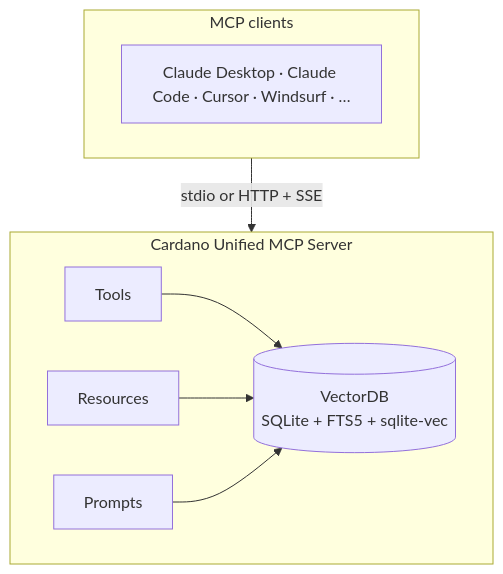
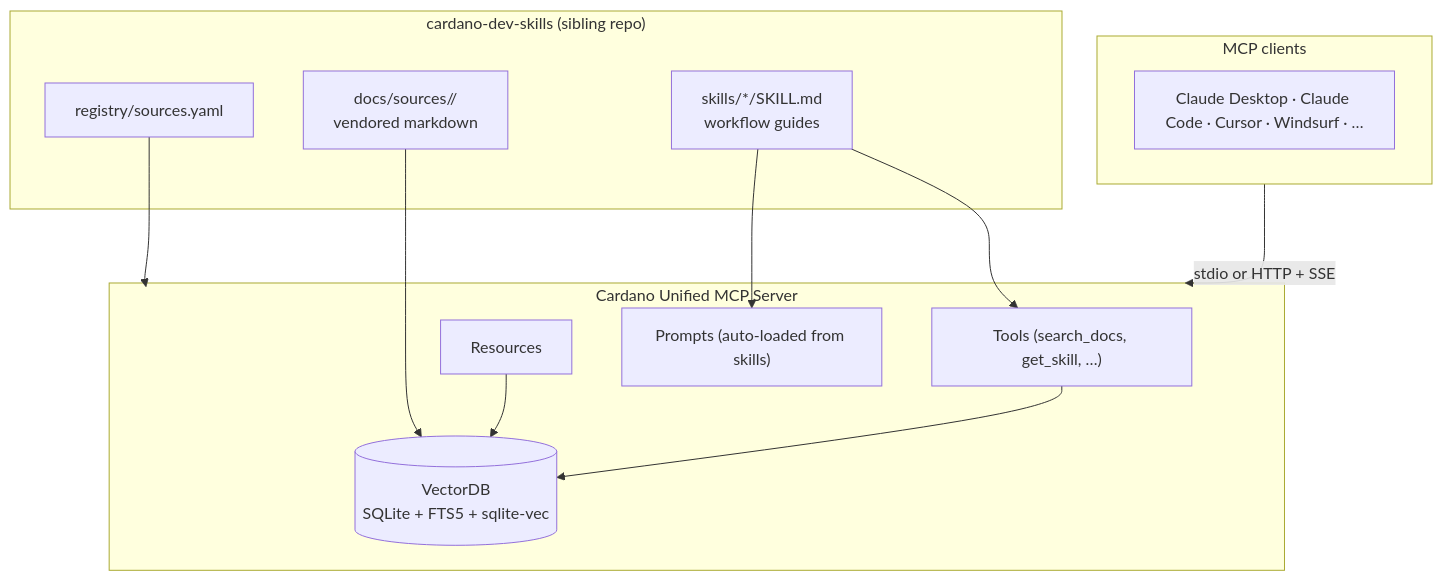
One commit to easy1staking-com/cardano-unified-mcp-server changed the diagram in README.md. Above: the diagram before and after it, drawn with Mermaid. The commit also changed other lines of this file and 27 other files, not shown here.

First line of the commit message:
feat: rebase on cardano-dev-skills as single source of truth

````diff
--- a/README.md
+++ b/README.md
@@ -117,18 +122,28 @@
 ```mermaid
 graph TB
     subgraph clients["MCP clients"]
         CD["Claude Desktop · Claude Code · Cursor · Windsurf · …"]
     end
 
+    subgraph skills["cardano-dev-skills (sibling repo)"]
+        REG["registry/sources.yaml"]
+        VEND["docs/sources/<slug>/<br/>vendored markdown"]
+        SK["skills/*/SKILL.md<br/>workflow guides"]
+    end
+
     subgraph server["Cardano Unified MCP Server"]
-        T["Tools"]
+        T["Tools (search_docs, get_skill, …)"]
         R["Resources"]
-        P["Prompts"]
+        P["Prompts (auto-loaded from skills)"]
         DB[("VectorDB<br/>SQLite + FTS5 + sqlite-vec")]
         T --> DB
         R --> DB
-        P --> DB
     end
+
+    REG --> server
+    VEND --> DB
+    SK --> P
+    SK --> T
 
     clients -->|"stdio or HTTP + SSE"| server
 ```
````
